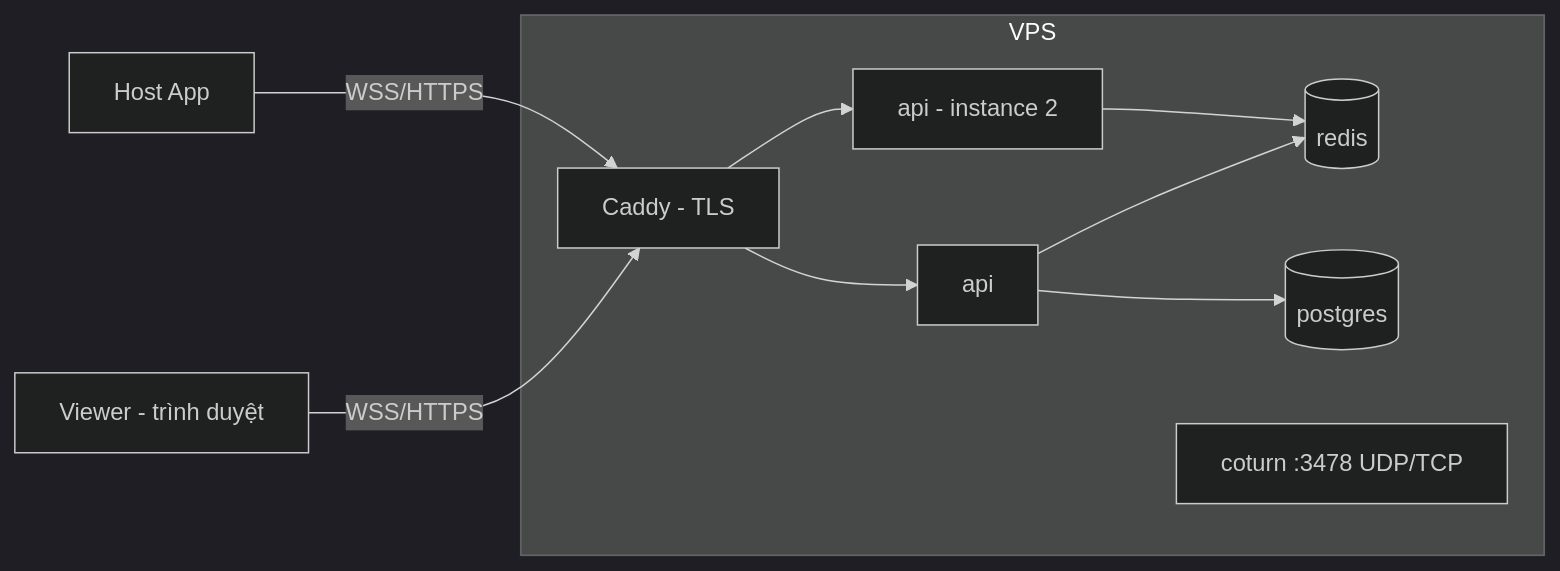
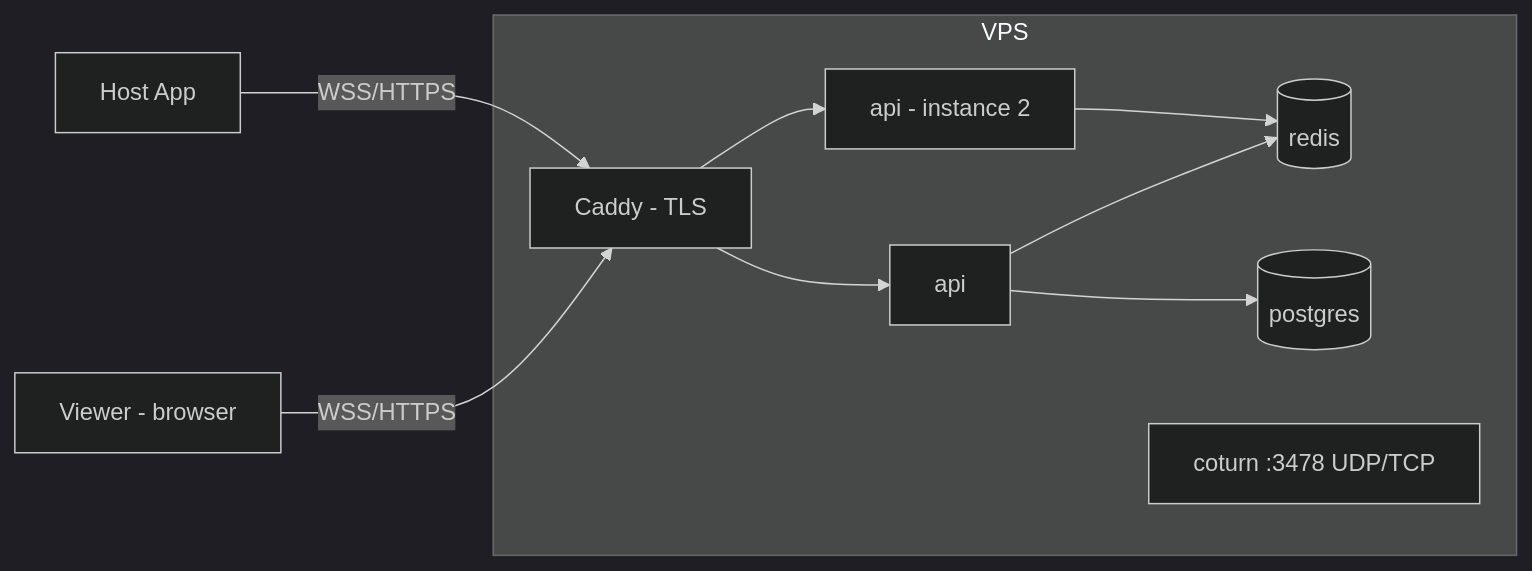
One commit to dunguyen-311201/PBL4 changed the seventh of 7 diagrams in docs/01-hld.md. Above: the diagram before and after it, drawn with Mermaid (dark theme). The commit also changed other lines of this file and 4 other files, not shown here.

````diff
--- a/docs/01-hld.md
+++ b/docs/01-hld.md
@@ -172,13 +172,13 @@
 ```mermaid
 flowchart LR
     subgraph vps[VPS]
         proxy[Caddy - TLS] --> api1[api]
         proxy --> api2[api - instance 2]
         api1 --> redis[(redis)]
         api2 --> redis
         api1 --> pg[(postgres)]
         turn[coturn :3478 UDP/TCP]
     end
-    viewer[Viewer - trình duyệt] -- WSS/HTTPS --> proxy
+    viewer[Viewer - browser] -- WSS/HTTPS --> proxy
     host[Host App] -- WSS/HTTPS --> proxy
 ```
````
